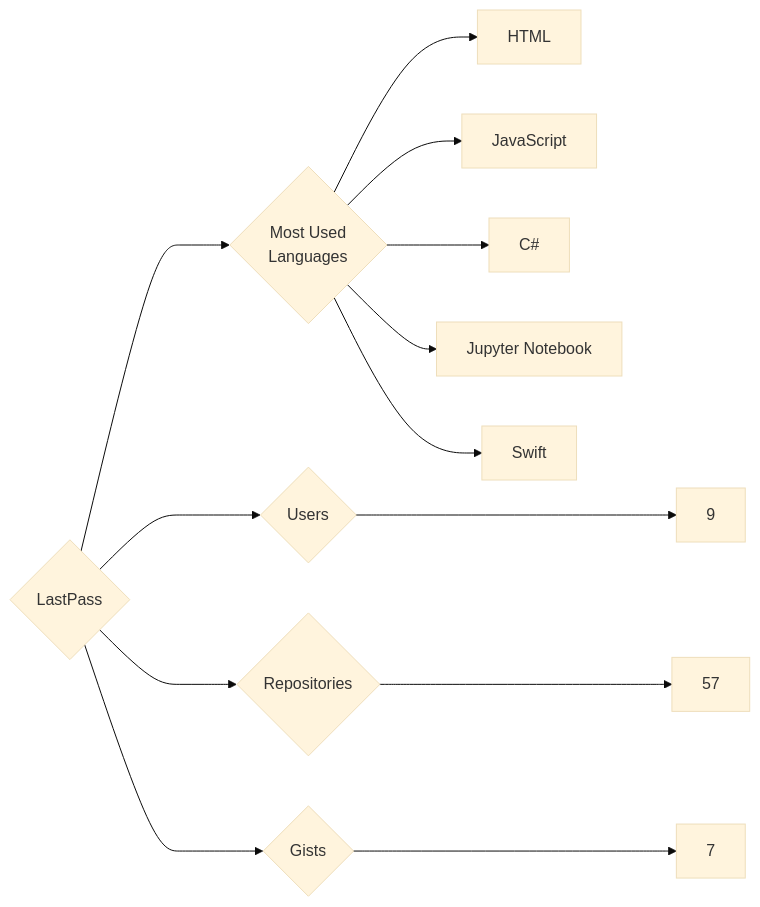
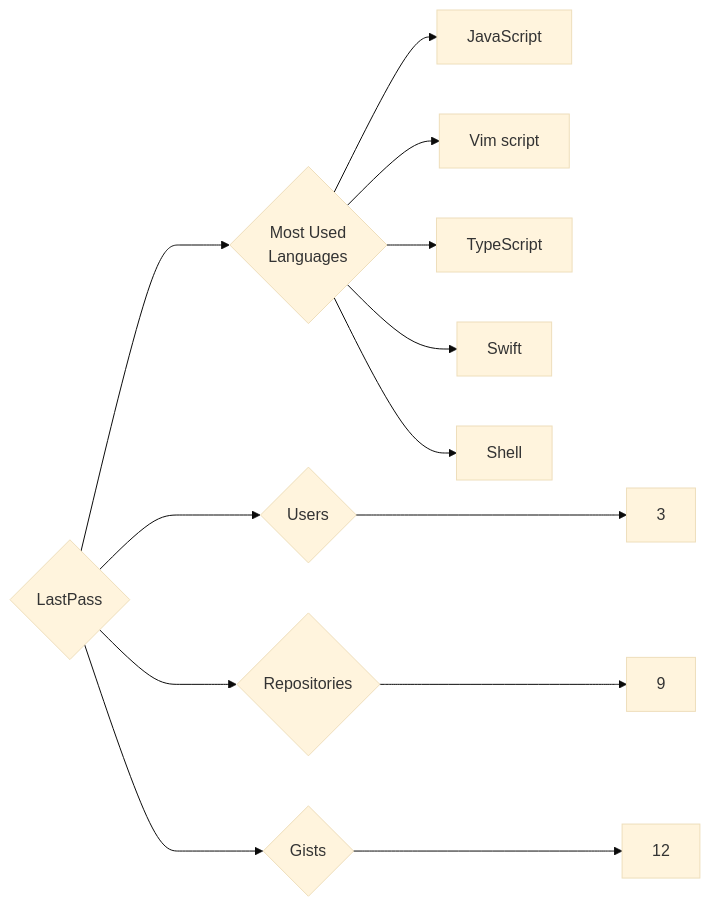
The diagram in targets/LastPass/README.md (trickest/insiders), drawn with Mermaid (base theme) before and after one commit. The commit also changed 681 other files, not shown here.

````diff
--- a/targets/LastPass/README.md
+++ b/targets/LastPass/README.md
@@ -3,13 +3,13 @@
 ```mermaid
 graph LR
 COMPANY_NAME{LastPass}
-COMPANY_NAME ---> U{Users} ---> UN[9]
-COMPANY_NAME ---> R{Repositories} ---> RN[57]
-COMPANY_NAME ---> G{Gists} ---> GN[7]
+COMPANY_NAME ---> U{Users} ---> UN[3]
+COMPANY_NAME ---> R{Repositories} ---> RN[9]
+COMPANY_NAME ---> G{Gists} ---> GN[12]
 COMPANY_NAME ---> ML{Most Used<br>Languages}
-ML --> HTML[HTML]
 ML --> JavaScript[JavaScript]
-ML --> C#[C#]
-ML --> Jupyter_Notebook[Jupyter Notebook]
+ML --> Vim_script[Vim script]
+ML --> TypeScript[TypeScript]
 ML --> Swift[Swift]
+ML --> Shell[Shell]
 ```
````
